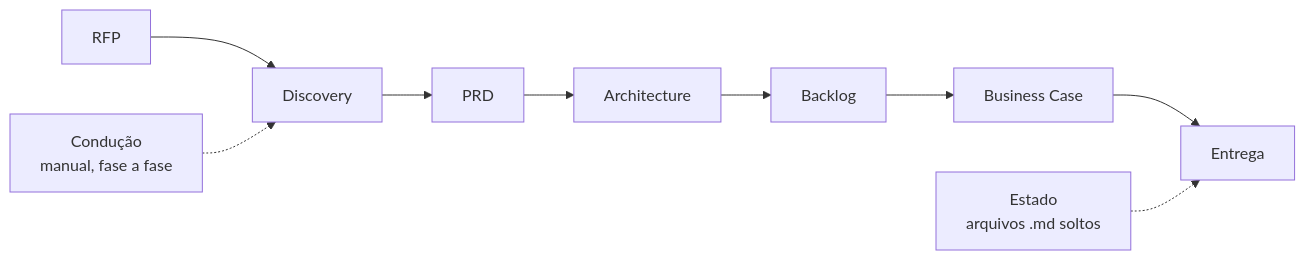
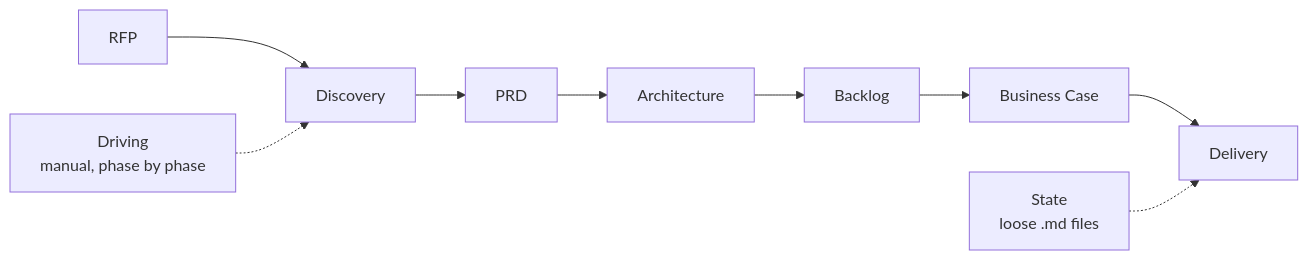
Before and after one commit to juliopessan/DABBA-STUDIO: the first of 2 diagrams in README.md, drawn with Mermaid. The commit also changed other lines of this file and 61 other files, not shown here.

````diff
--- a/README.md
+++ b/README.md
@@ -37,6 +38,6 @@
 ```mermaid
 flowchart LR
-    RFP[RFP] --> D[Discovery] --> P[PRD] --> A[Architecture] --> B[Backlog] --> BC[Business Case] --> OUT[Entrega]
-    COND["Condução<br/>manual, fase a fase"] -.-> D
-    EST["Estado<br/>arquivos .md soltos"] -.-> OUT
+    RFP[RFP] --> D[Discovery] --> P[PRD] --> A[Architecture] --> B[Backlog] --> BC[Business Case] --> OUT[Delivery]
+    COND["Driving<br/>manual, phase by phase"] -.-> D
+    EST["State<br/>loose .md files"] -.-> OUT
 ```
````
